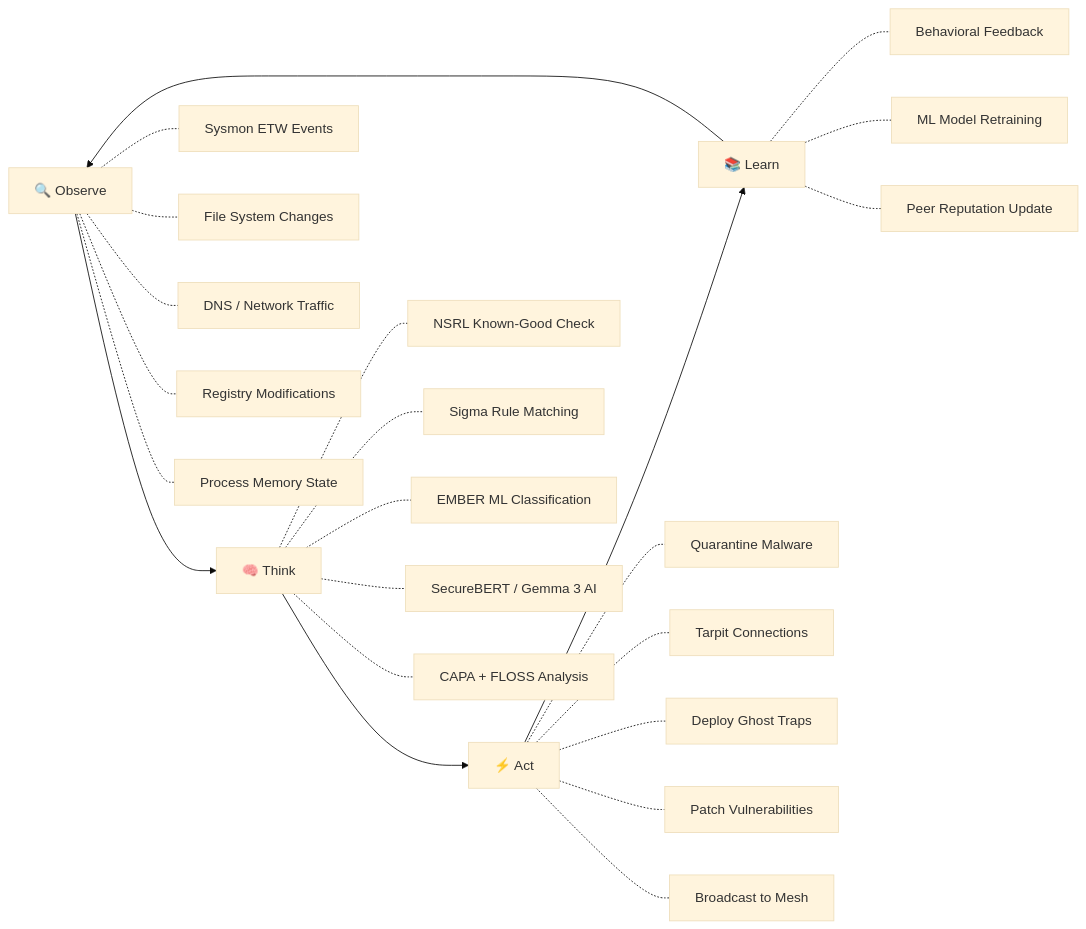
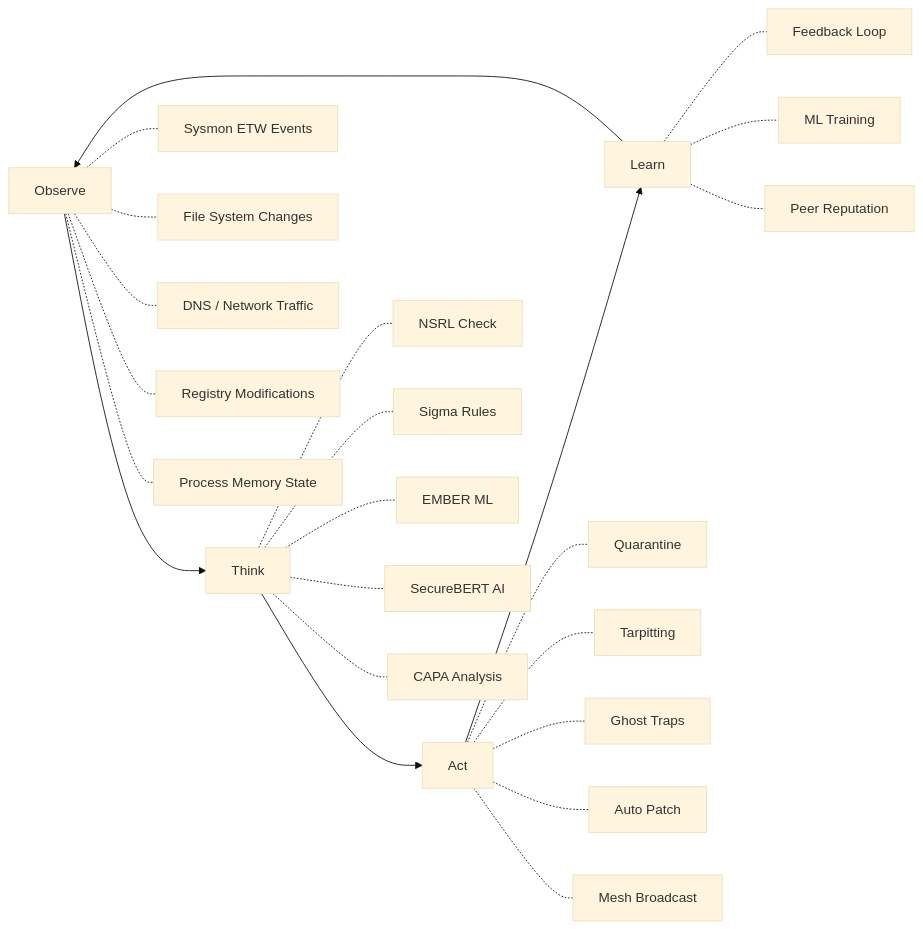
The first of 3 diagrams in README.md (oyesanyf/OshoosiClaw), drawn with Mermaid (base theme) before and after one commit. The commit also changed other lines of this file and 2 other files, not shown here.

Commit message:
feat: improve AI docs, fix GitHub Mermaid rendering, add favicon, and optimize OpenShell install logic

````diff
--- a/README.md
+++ b/README.md
@@ -56,29 +69,29 @@
 ```mermaid
 graph LR
-    A["🔍 Observe"] --> B["🧠 Think"]
-    B --> C["⚡ Act"]
-    C --> D["📚 Learn"]
+    A[Observe] --> B[Think]
+    B --> C[Act]
+    C --> D[Learn]
     D --> A
     
-    A -.- A1["Sysmon ETW Events"]
-    A -.- A2["File System Changes"]
-    A -.- A3["DNS / Network Traffic"]
-    A -.- A4["Registry Modifications"]
-    A -.- A5["Process Memory State"]
+    A -.- A1[Sysmon ETW Events]
+    A -.- A2[File System Changes]
+    A -.- A3[DNS / Network Traffic]
+    A -.- A4[Registry Modifications]
+    A -.- A5[Process Memory State]
     
-    B -.- B1["NSRL Known-Good Check"]
-    B -.- B2["Sigma Rule Matching"]
-    B -.- B3["EMBER ML Classification"]
-    B -.- B4["SecureBERT / Gemma 3 AI"]
-    B -.- B5["CAPA + FLOSS Analysis"]
+    B -.- B1[NSRL Check]
+    B -.- B2[Sigma Rules]
+    B -.- B3[EMBER ML]
+    B -.- B4[SecureBERT AI]
+    B -.- B5[CAPA Analysis]
     
-    C -.- C1["Quarantine Malware"]
-    C -.- C2["Tarpit Connections"]
-    C -.- C3["Deploy Ghost Traps"]
-    C -.- C4["Patch Vulnerabilities"]
-    C -.- C5["Broadcast to Mesh"]
+    C -.- C1[Quarantine]
+    C -.- C2[Tarpitting]
+    C -.- C3[Ghost Traps]
+    C -.- C4[Auto Patch]
+    C -.- C5[Mesh Broadcast]
     
-    D -.- D1["Behavioral Feedback"]
-    D -.- D2["ML Model Retraining"]
-    D -.- D3["Peer Reputation Update"]
+    D -.- D1[Feedback Loop]
+    D -.- D2[ML Training]
+    D -.- D3[Peer Reputation]
 ```
````
